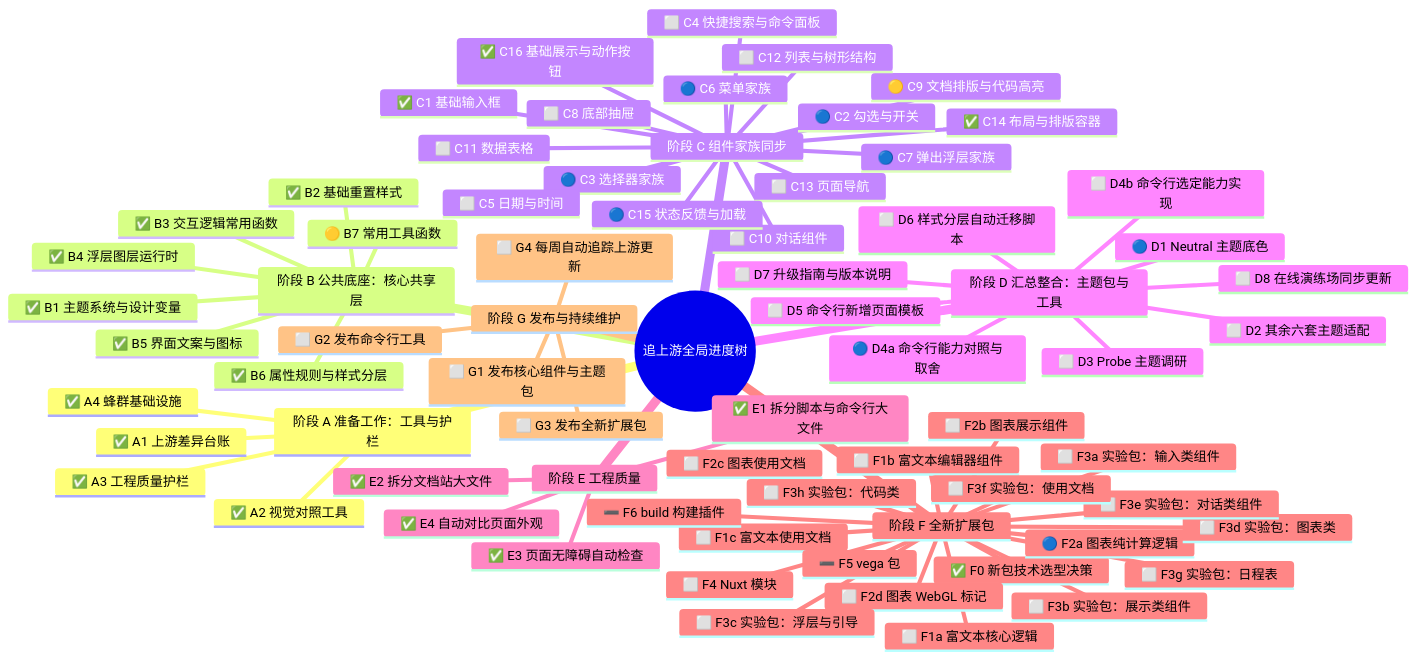
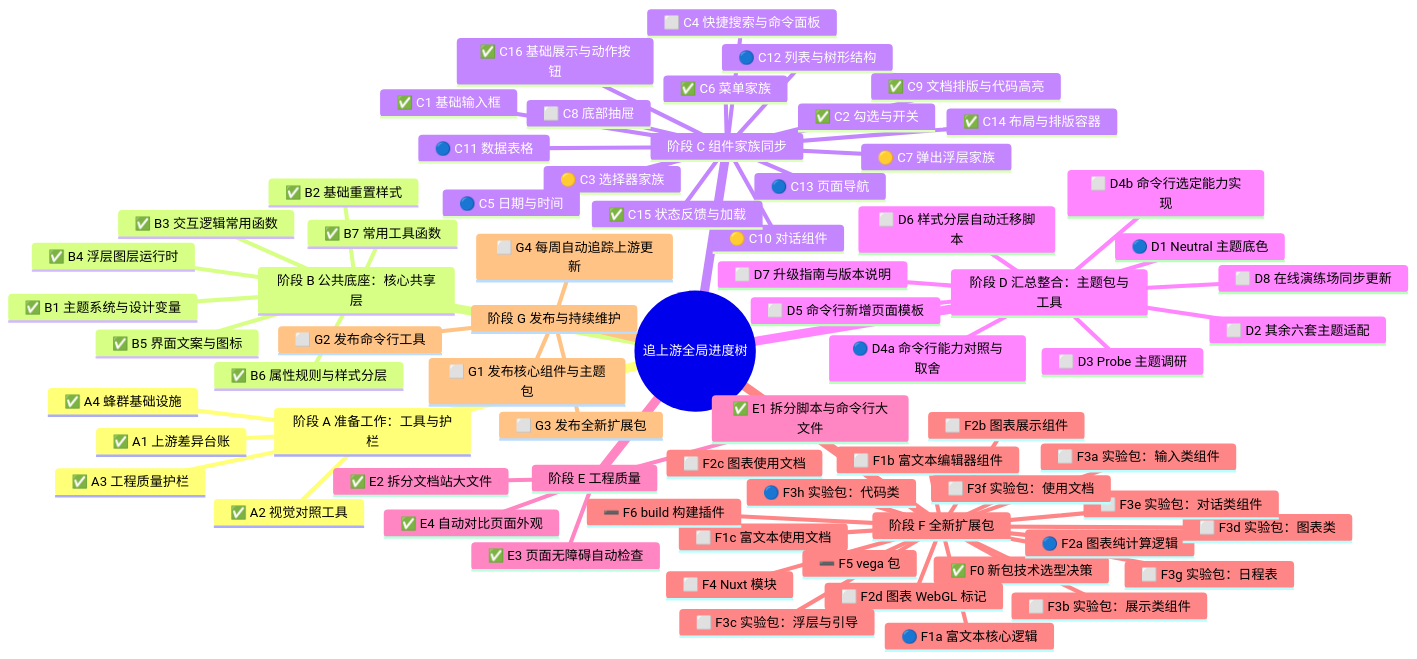
One commit to astryx-vue/astryx-vue changed the first of 6 diagrams in .agents-work/upstream-sync-0.7.1/ROADMAP.md. Above: the diagram before and after it, drawn with Mermaid. The commit also changed other lines of this file and 2 other files, not shown here.

Commit message:
docs(swarm): 标 C15 已完成，记下 B4-fix #142 已合入 (#145)
C15 #141 通过 26/26。C2、C6 总表还停在可开工，B7、C9 还停在实现中，代码都已合入，一并标成已完成。C3、C10、C7 改为实现中。HANDOFF 记下 B4-fix 已合 #142，以及 #128 的 CI 要等 C9-exports。#128 的新正文放在 PR128-BODY.md，供总控整篇覆盖。

````diff
--- a/.agents-work/upstream-sync-0.7.1/ROADMAP.md
+++ b/.agents-work/upstream-sync-0.7.1/ROADMAP.md
@@ -8,74 +8,74 @@
 ```mermaid
 mindmap
   root((追上游全局进度树))
     阶段 A 准备工作：工具与护栏
       ✅ A1 上游差异台账
       ✅ A2 视觉对照工具
       ✅ A3 工程质量护栏
       ✅ A4 蜂群基础设施
     阶段 B 公共底座：核心共享层
       ✅ B1 主题系统与设计变量
       ✅ B2 基础重置样式
       ✅ B3 交互逻辑常用函数
       ✅ B4 浮层图层运行时
       ✅ B5 界面文案与图标
       ✅ B6 属性规则与样式分层
-      🟡 B7 常用工具函数
+      ✅ B7 常用工具函数
     阶段 C 组件家族同步
       ✅ C1 基础输入框
-      🔵 C2 勾选与开关
-      🔵 C3 选择器家族
+      ✅ C2 勾选与开关
+      🟡 C3 选择器家族
       ⬜ C4 快捷搜索与命令面板
-      ⬜ C5 日期与时间
-      🔵 C6 菜单家族
-      🔵 C7 弹出浮层家族
+      🔵 C5 日期与时间
+      ✅ C6 菜单家族
+      🟡 C7 弹出浮层家族
       ⬜ C8 底部抽屉
-      🟡 C9 文档排版与代码高亮
-      ⬜ C10 对话组件
-      ⬜ C11 数据表格
-      ⬜ C12 列表与树形结构
-      ⬜ C13 页面导航
+      ✅ C9 文档排版与代码高亮
+      🟡 C10 对话组件
+      🔵 C11 数据表格
+      🔵 C12 列表与树形结构
+      🔵 C13 页面导航
       ✅ C14 布局与排版容器
-      🔵 C15 状态反馈与加载
+      ✅ C15 状态反馈与加载
       ✅ C16 基础展示与动作按钮
     阶段 D 汇总整合：主题包与工具
       🔵 D1 Neutral 主题底色
       ⬜ D2 其余六套主题适配
       ⬜ D3 Probe 主题调研
       🔵 D4a 命令行能力对照与取舍
       ⬜ D4b 命令行选定能力实现
       ⬜ D5 命令行新增页面模板
       ⬜ D6 样式分层自动迁移脚本
       ⬜ D7 升级指南与版本说明
       ⬜ D8 在线演练场同步更新
     阶段 E 工程质量
       ✅ E1 拆分脚本与命令行大文件
       ✅ E2 拆分文档站大文件
       ✅ E3 页面无障碍自动检查
       ✅ E4 自动对比页面外观
     阶段 F 全新扩展包
       ✅ F0 新包技术选型决策
-      ⬜ F1a 富文本核心逻辑
+      🔵 F1a 富文本核心逻辑
       ⬜ F1b 富文本编辑器组件
       ⬜ F1c 富文本使用文档
       🔵 F2a 图表纯计算逻辑
       ⬜ F2b 图表展示组件
       ⬜ F2c 图表使用文档
       ⬜ F2d 图表 WebGL 标记
       ⬜ F3a 实验包：输入类组件
       ⬜ F3b 实验包：展示类组件
       ⬜ F3g 实验包：日程表
       ⬜ F3c 实验包：浮层与引导
       ⬜ F3d 实验包：图表类
-      ⬜ F3h 实验包：代码类
+      🔵 F3h 实验包：代码类
       ⬜ F3e 实验包：对话类组件
       ⬜ F3f 实验包：使用文档
       ⬜ F4 Nuxt 模块
       ➖ F5 vega 包
       ➖ F6 build 构建插件
     阶段 G 发布与持续维护
       ⬜ G1 发布核心组件与主题包
       ⬜ G2 发布命令行工具
       ⬜ G3 发布全新扩展包
       ⬜ G4 每周自动追踪上游更新
 ```
````
